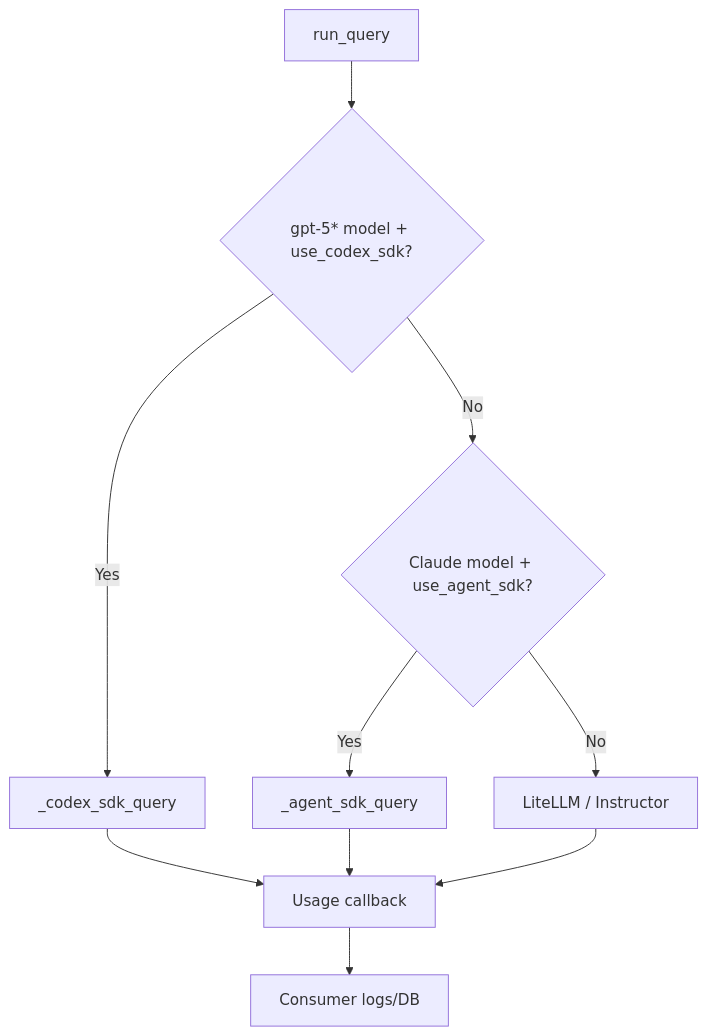
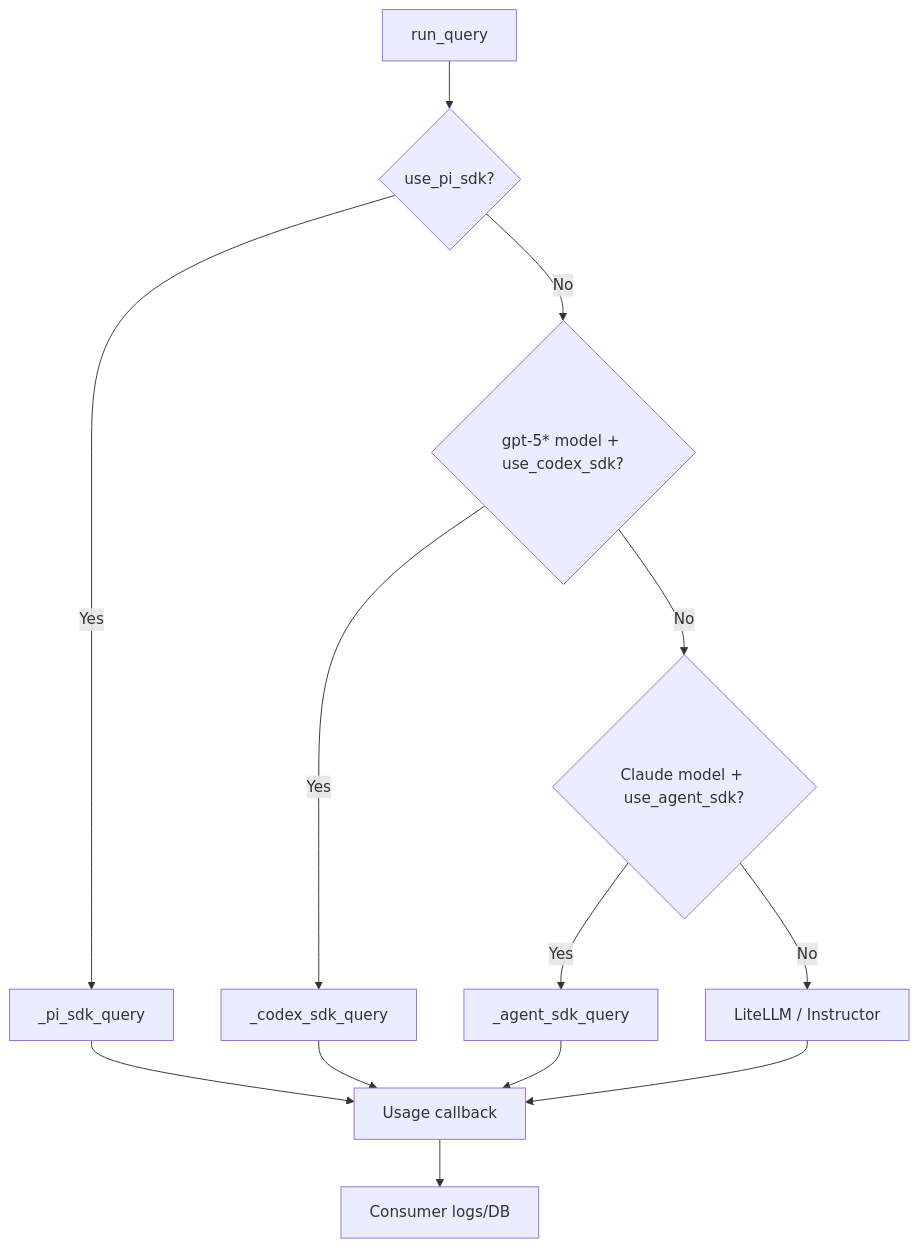
Before and after one commit to masta-g3/llm-query-utils: the diagram in docs/STRUCTURE.md, drawn with Mermaid. The commit also changed other lines of this file and 7 other files, not shown here.

````diff
--- a/docs/STRUCTURE.md
+++ b/docs/STRUCTURE.md
@@ -23,13 +24,16 @@
 ```mermaid
 flowchart TD
-    A[run_query] --> B{gpt-5* model + use_codex_sdk?}
+    A[run_query] --> P{use_pi_sdk?}
+    P -->|Yes| Q[_pi_sdk_query]
+    P -->|No| B{gpt-5* model + use_codex_sdk?}
     B -->|Yes| C[_codex_sdk_query]
     B -->|No| D{Claude model + use_agent_sdk?}
     D -->|Yes| E[_agent_sdk_query]
     D -->|No| F[LiteLLM / Instructor]
 
-    C --> G[Usage callback]
+    Q --> G[Usage callback]
+    C --> G
     E --> G
     F --> G
     G --> H[Consumer logs/DB]
 ```
````
